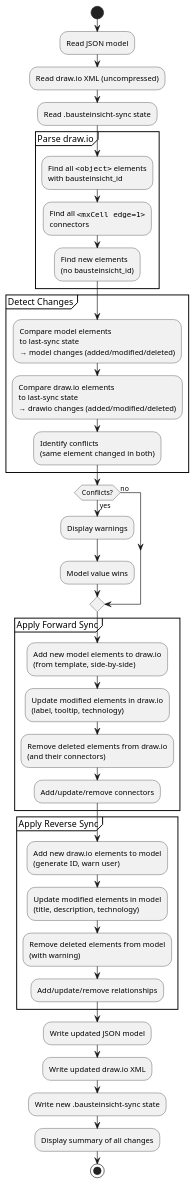
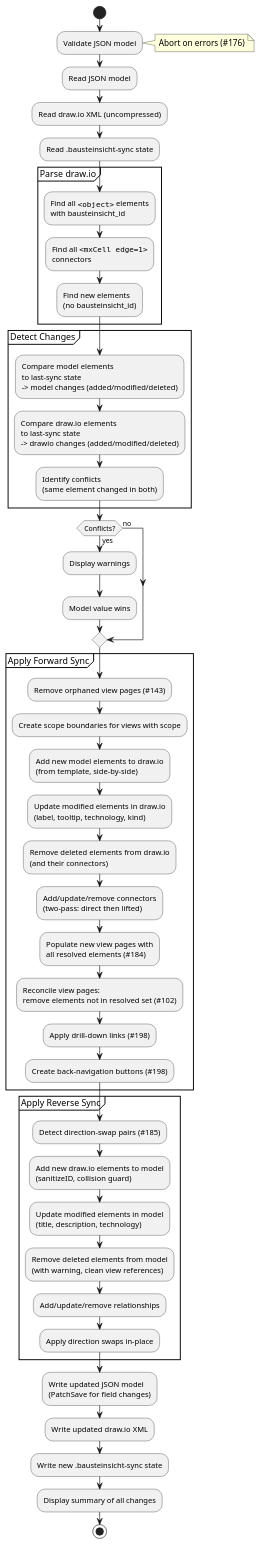
One commit to docToolchain/Bausteinsicht changed the diagram in src/docs/spec/05_sync_specification.adoc. Above: the diagram before and after it, drawn with PlantUML. The commit also changed other lines of this file and 8 other files, not shown here.

```diff
--- a/src/docs/spec/05_sync_specification.adoc
+++ b/src/docs/spec/05_sync_specification.adoc
@@ -242,61 +450,76 @@
 [plantuml, sync-algorithm, png]
 ....
 @startuml
 start
+:Validate JSON model;
+note right: Abort on errors (#176)
+
 :Read JSON model;
 :Read draw.io XML (uncompressed);
 :Read .bausteinsicht-sync state;
 
 partition "Parse draw.io" {
   :Find all ""<object>"" elements
   with bausteinsicht_id;
   :Find all ""<mxCell edge=1>""
   connectors;
   :Find new elements
   (no bausteinsicht_id);
 }
 
 partition "Detect Changes" {
   :Compare model elements
   to last-sync state
-  → model changes (added/modified/deleted);
+  -> model changes (added/modified/deleted);
   :Compare draw.io elements
   to last-sync state
-  → drawio changes (added/modified/deleted);
+  -> drawio changes (added/modified/deleted);
   :Identify conflicts
   (same element changed in both);
 }
 
 if (Conflicts?) then (yes)
   :Display warnings;
   :Model value wins;
 else (no)
 endif
 
 partition "Apply Forward Sync" {
+  :Remove orphaned view pages (#143);
+  :Create scope boundaries for views with scope;
   :Add new model elements to draw.io
   (from template, side-by-side);
   :Update modified elements in draw.io
-  (label, tooltip, technology);
+  (label, tooltip, technology, kind);
   :Remove deleted elements from draw.io
   (and their connectors);
-  :Add/update/remove connectors;
+  :Add/update/remove connectors
+  (two-pass: direct then lifted);
+  :Populate new view pages with
+  all resolved elements (#184);
+  :Reconcile view pages:
+  remove elements not in resolved set (#102);
+  :Apply drill-down links (#198);
+  :Create back-navigation buttons (#198);
 }
 
 partition "Apply Reverse Sync" {
+  :Detect direction-swap pairs (#185);
   :Add new draw.io elements to model
-  (generate ID, warn user);
+  (sanitizeID, collision guard);
   :Update modified elements in model
   (title, description, technology);
   :Remove deleted elements from model
-  (with warning);
+  (with warning, clean view references);
   :Add/update/remove relationships;
+  :Apply direction swaps in-place;
 }
 
-:Write updated JSON model;
+:Write updated JSON model
+(PatchSave for field changes);
 :Write updated draw.io XML;
 :Write new .bausteinsicht-sync state;
 :Display summary of all changes;
 stop
 @enduml
 ....
```
